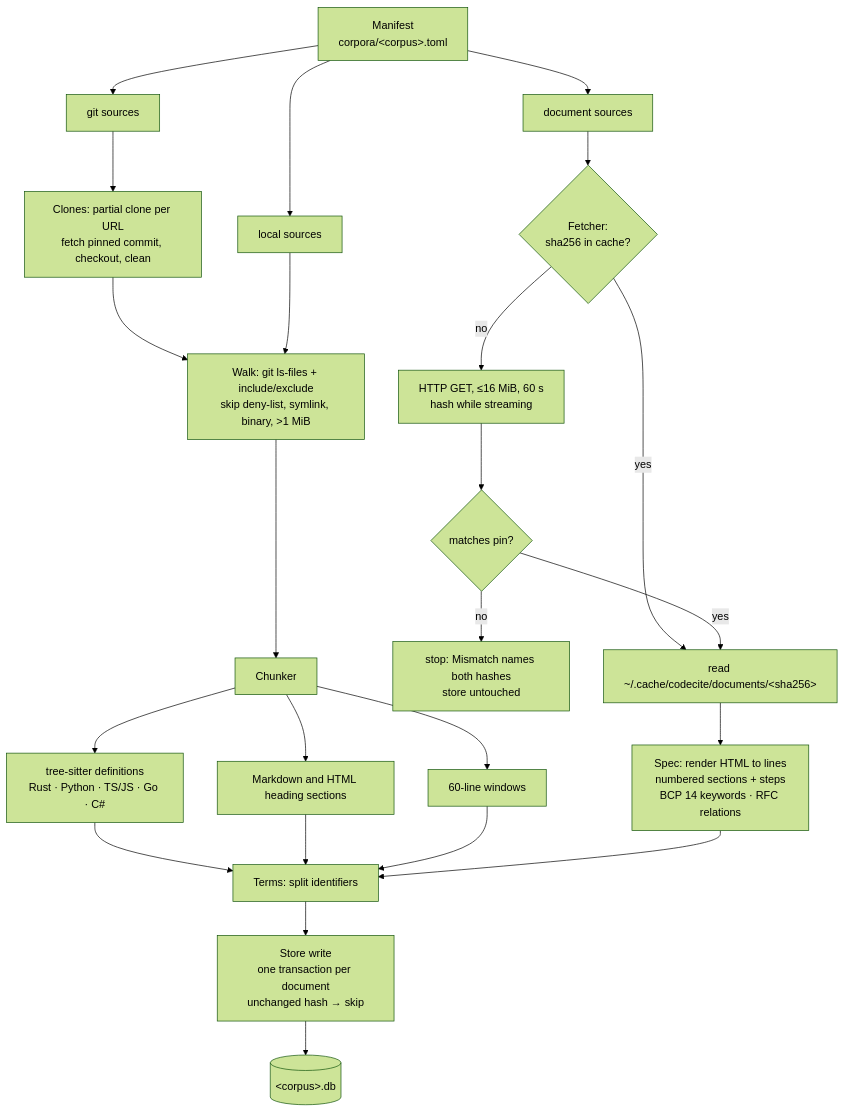
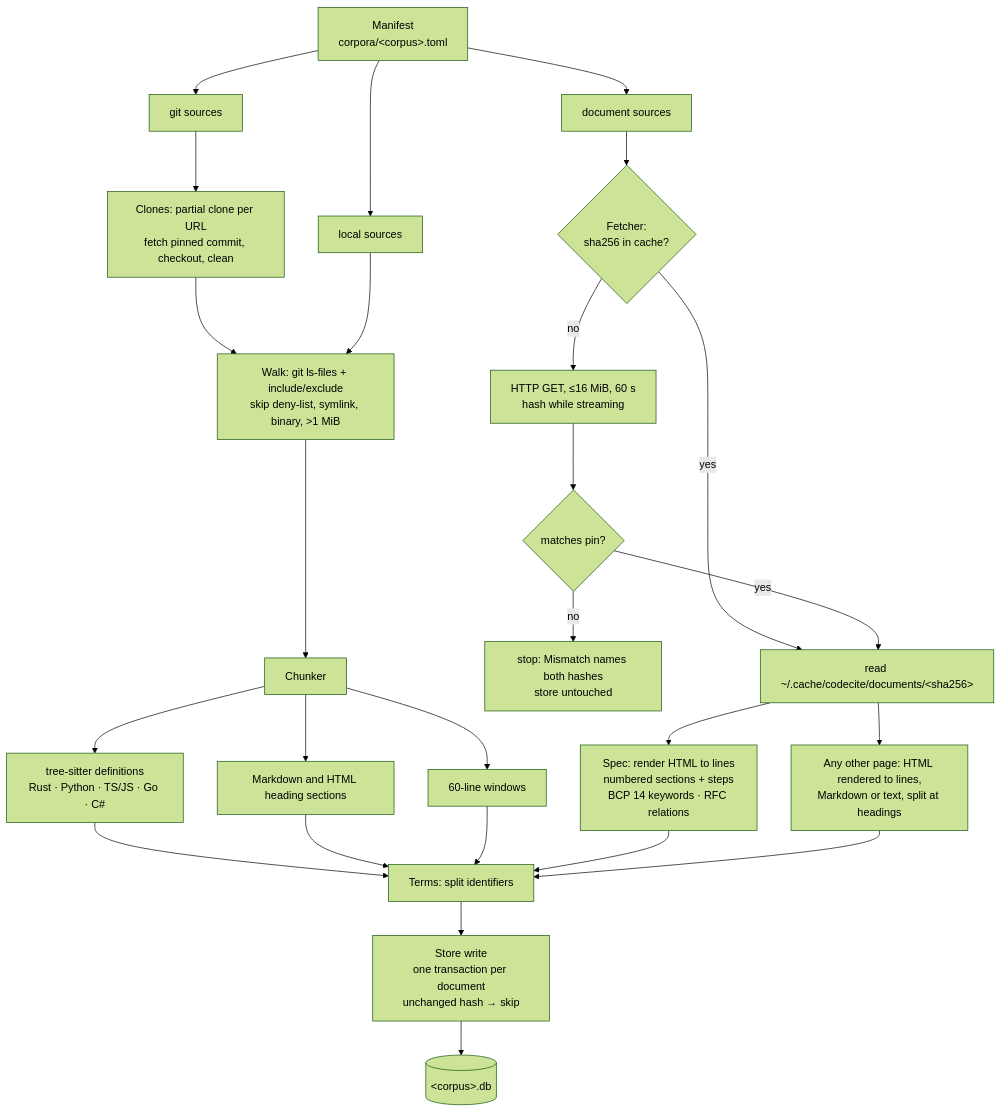
Before and after one commit to jamescrowley321/codecite: the third of 5 diagrams in docs/design.md, drawn with Mermaid (forest theme). The commit also changed other lines of this file and 4 other files, not shown here.

````diff
--- a/docs/design.md
+++ b/docs/design.md
@@ -90,20 +90,21 @@
 ```mermaid
 flowchart TD
   manifest["Manifest<br/>corpora/#lt;corpus#gt;.toml"] --> docs & gits & locals
   docs["document sources"] --> fetcher{"Fetcher:<br/>sha256 in cache?"}
   fetcher -- yes --> cached["read ~/.cache/codecite/documents/#lt;sha256#gt;"]
   fetcher -- no --> get["HTTP GET, ≤16 MiB, 60 s<br/>hash while streaming"] --> pin{"matches pin?"}
   pin -- no --> stop["stop: Mismatch names both hashes<br/>store untouched"]
   pin -- yes --> cached
   gits["git sources"] --> clones["Clones: partial clone per URL<br/>fetch pinned commit, checkout, clean"]
   clones --> walk
   locals["local sources"] --> walk["Walk: git ls-files + include/exclude<br/>skip deny-list, symlink, binary, #gt;1 MiB"]
   walk --> chunker["Chunker"]
   chunker --> ts["tree-sitter definitions<br/>Rust · Python · TS/JS · Go · C#"]
   chunker --> md["Markdown and HTML heading sections"]
   chunker --> win["60-line windows"]
   cached --> spec["Spec: render HTML to lines<br/>numbered sections + steps<br/>BCP 14 keywords · RFC relations"]
-  ts & md & win & spec --> terms["Terms: split identifiers"]
+  cached --> doc["Any other page: HTML rendered to lines,<br/>Markdown or text, split at headings"]
+  ts & md & win & spec & doc --> terms["Terms: split identifiers"]
   terms --> write["Store write<br/>one transaction per document<br/>unchanged hash → skip"]
   write --> db[("#lt;corpus#gt;.db")]
 ```
````
